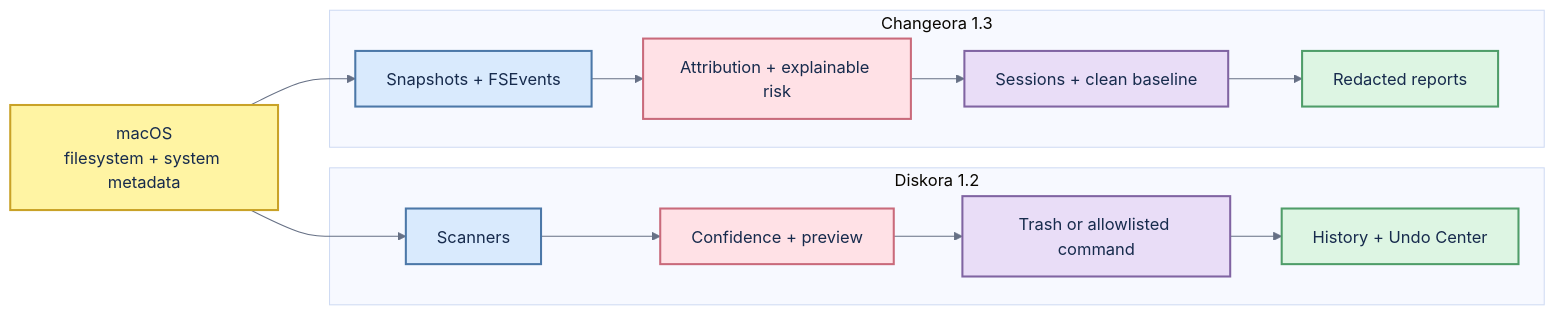
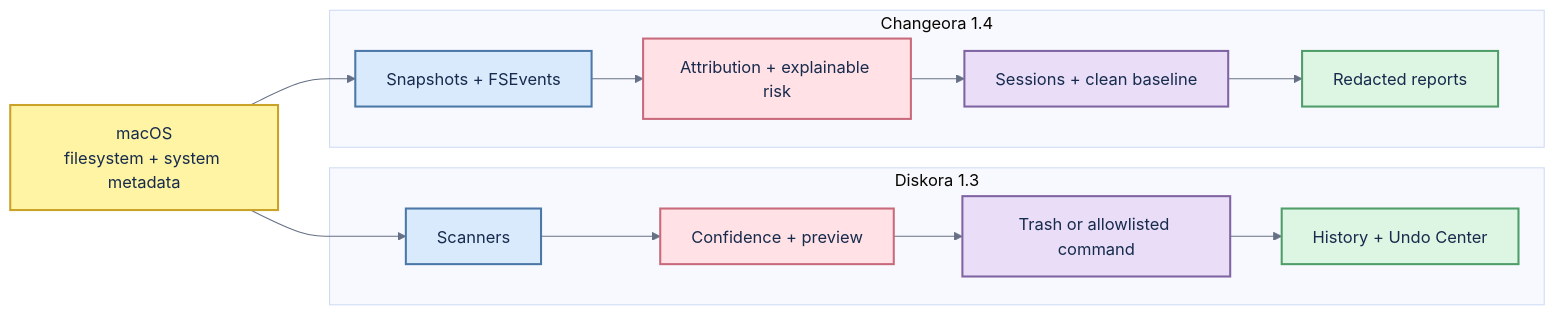
The diagram in docs/ARCHITECTURE.md (thangldw/toolbox), drawn with Mermaid before and after one commit. The commit also changed other lines of this file and 37 other files, not shown here.

````diff
--- a/docs/ARCHITECTURE.md
+++ b/docs/ARCHITECTURE.md
@@ -5,22 +7,22 @@
 ```mermaid
 %%{init: {"theme":"base","flowchart":{"curve":"basis","nodeSpacing":35,"rankSpacing":50},"themeVariables":{"background":"#F7F7F5","fontFamily":"Inter, Arial, sans-serif","lineColor":"#667085","primaryTextColor":"#172B4D"}}}%%
 flowchart LR
     M["macOS<br/>filesystem + system metadata"]:::yellow
-    subgraph D["Diskora 1.2"]
+    subgraph D["Diskora 1.3"]
         DS["Scanners"]:::blue --> DC["Confidence + preview"]:::pink
         DC --> DA["Trash or allowlisted command"]:::purple
         DA --> DU["History + Undo Center"]:::green
     end
-    subgraph C["Changeora 1.3"]
+    subgraph C["Changeora 1.4"]
         CS["Snapshots + FSEvents"]:::blue --> CA["Attribution + explainable risk"]:::pink
         CA --> CB["Sessions + clean baseline"]:::purple
         CB --> CE["Redacted reports"]:::green
     end
     M --> DS
     M --> CS
     classDef yellow fill:#FFF4A3,stroke:#C9A227,stroke-width:2px,color:#172B4D
     classDef blue fill:#D9EAFD,stroke:#4C78A8,stroke-width:2px,color:#172B4D
     classDef pink fill:#FFE1E6,stroke:#C96A7B,stroke-width:2px,color:#172B4D
     classDef purple fill:#E9DDF7,stroke:#8064A2,stroke-width:2px,color:#172B4D
     classDef green fill:#DDF5E3,stroke:#4F9D69,stroke-width:2px,color:#172B4D
 ```
````
